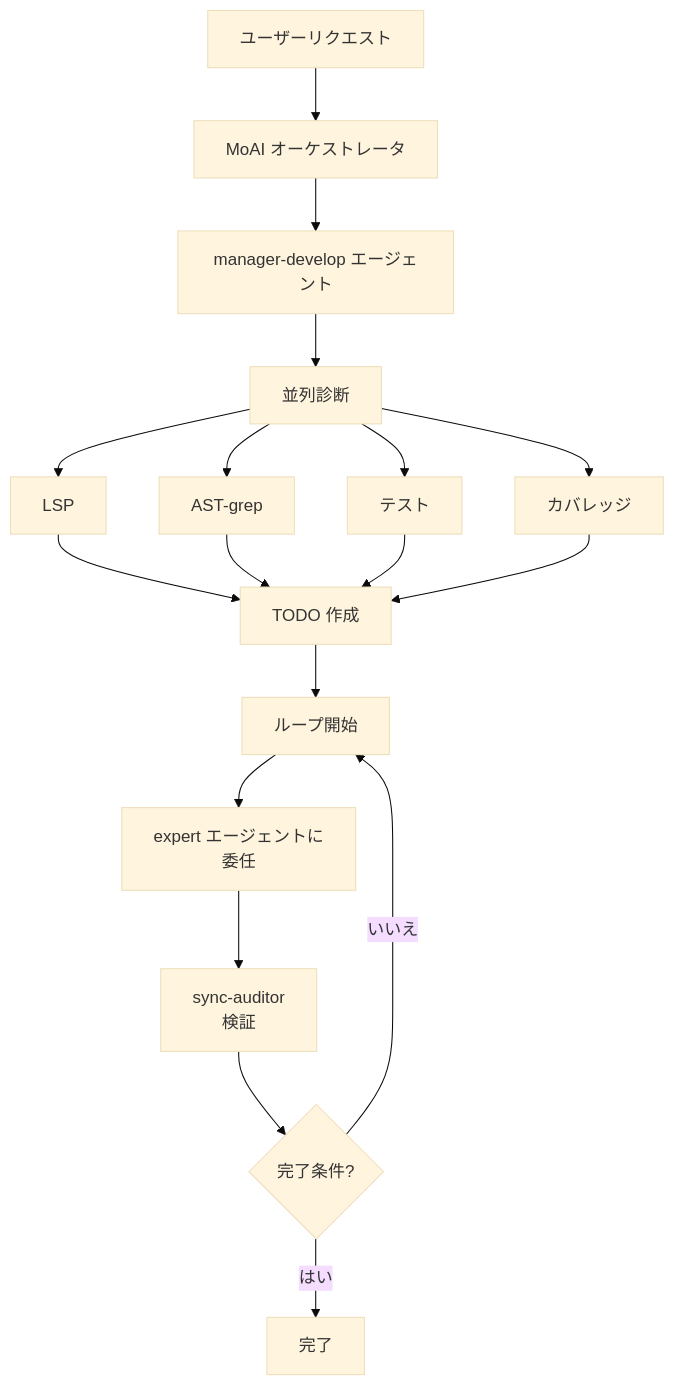
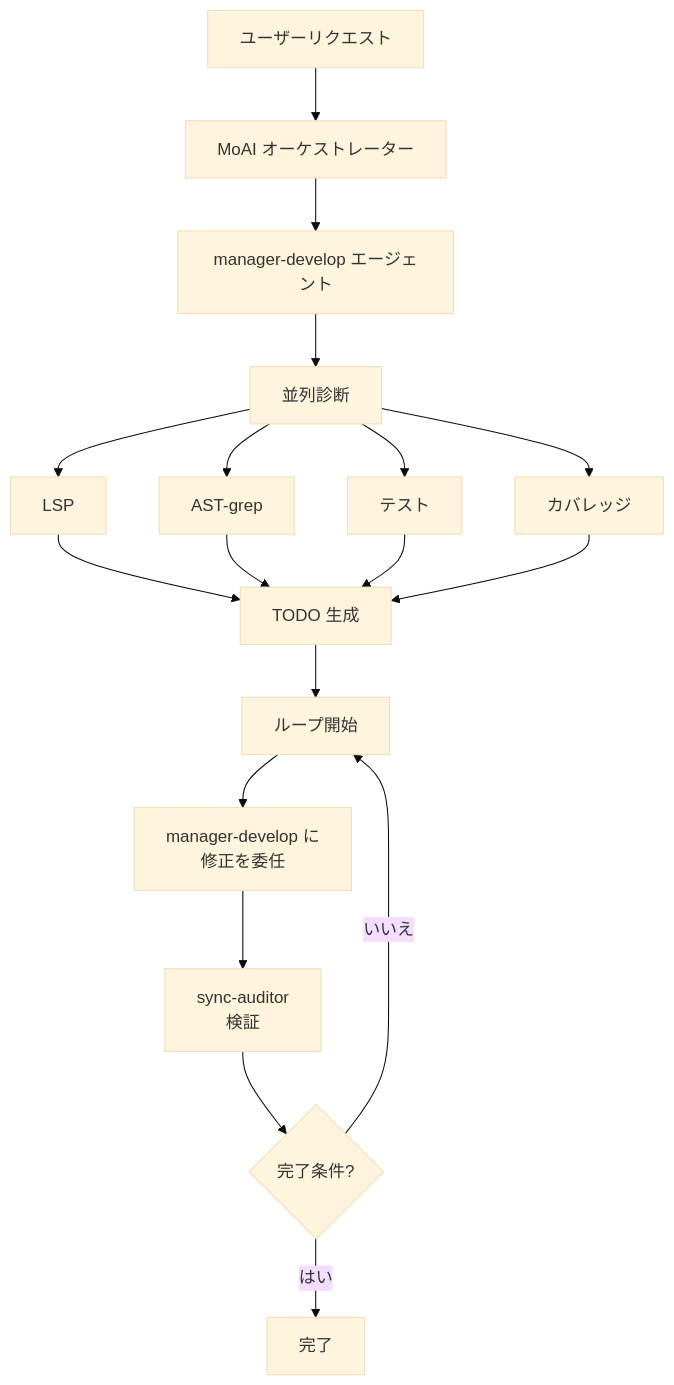
Before and after one commit to modu-ai/moai-adk: the fourth of 4 diagrams in docs-site/content/ja/utility-commands/moai-loop.md, drawn with Mermaid (base theme). The commit also changed other lines of this file and 395 other files, not shown here.

````diff
--- a/docs-site/content/ja/utility-commands/moai-loop.md
+++ b/docs-site/content/ja/utility-commands/moai-loop.md
@@ -199,25 +223,25 @@
 ```mermaid
 flowchart TD
-    User["ユーザーリクエスト"] --> Orchestrator["MoAI オーケストレータ"]
+    User["ユーザーリクエスト"] --> Orchestrator["MoAI オーケストレーター"]
     Orchestrator --> ManagerDDD["manager-develop エージェント"]
 
     ManagerDDD --> Diagnose["並列診断"]
     Diagnose --> LSP["LSP"]
     Diagnose --> AST["AST-grep"]
     Diagnose --> Test["テスト"]
     Diagnose --> Cov["カバレッジ"]
 
-    LSP --> Todo["TODO 作成"]
+    LSP --> Todo["TODO 生成"]
     AST --> Todo
     Test --> Todo
     Cov --> Todo
 
     Todo --> Loop["ループ開始"]
 
-    Loop --> Fix["expert エージェントに<br/>委任"]
+    Loop --> Fix["manager-develop に<br/>修正を委任"]
     Fix --> Verify["sync-auditor<br/>検証"]
 
     Verify --> Complete{"完了条件?"}
     Complete -->|いいえ| Loop
     Complete -->|はい| Done["完了"]
 ```
````
